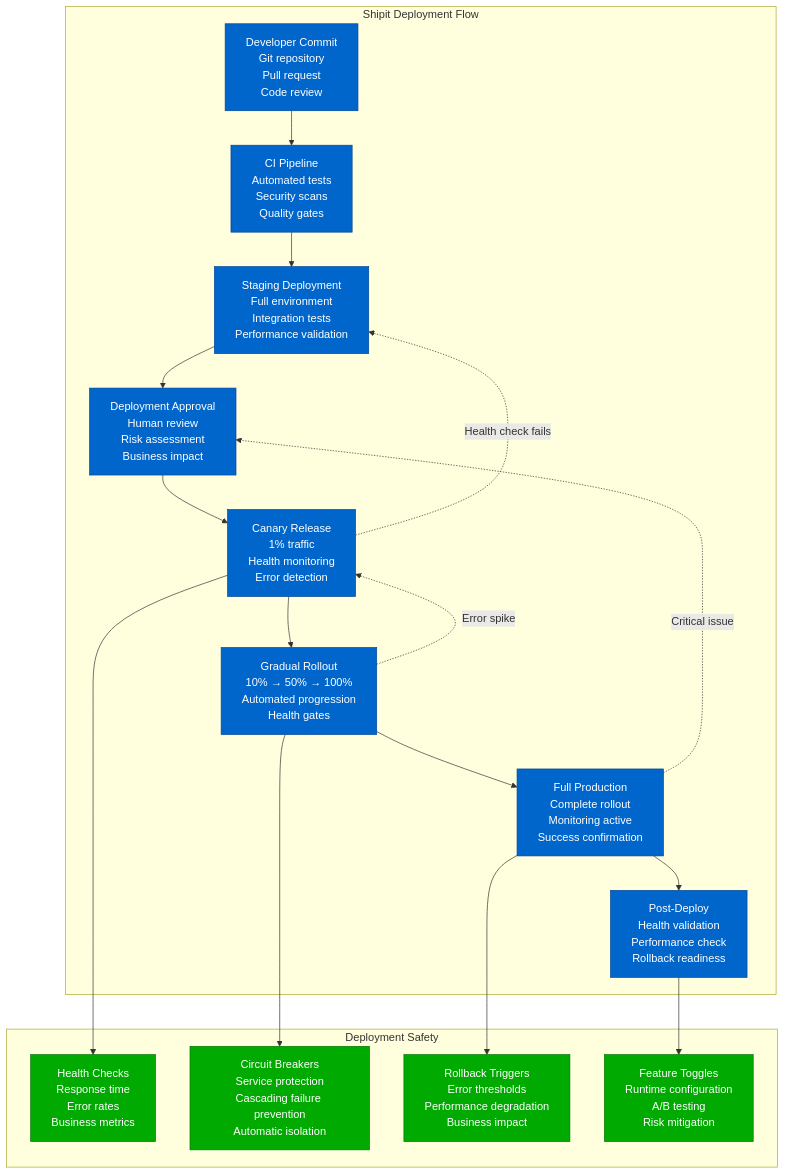
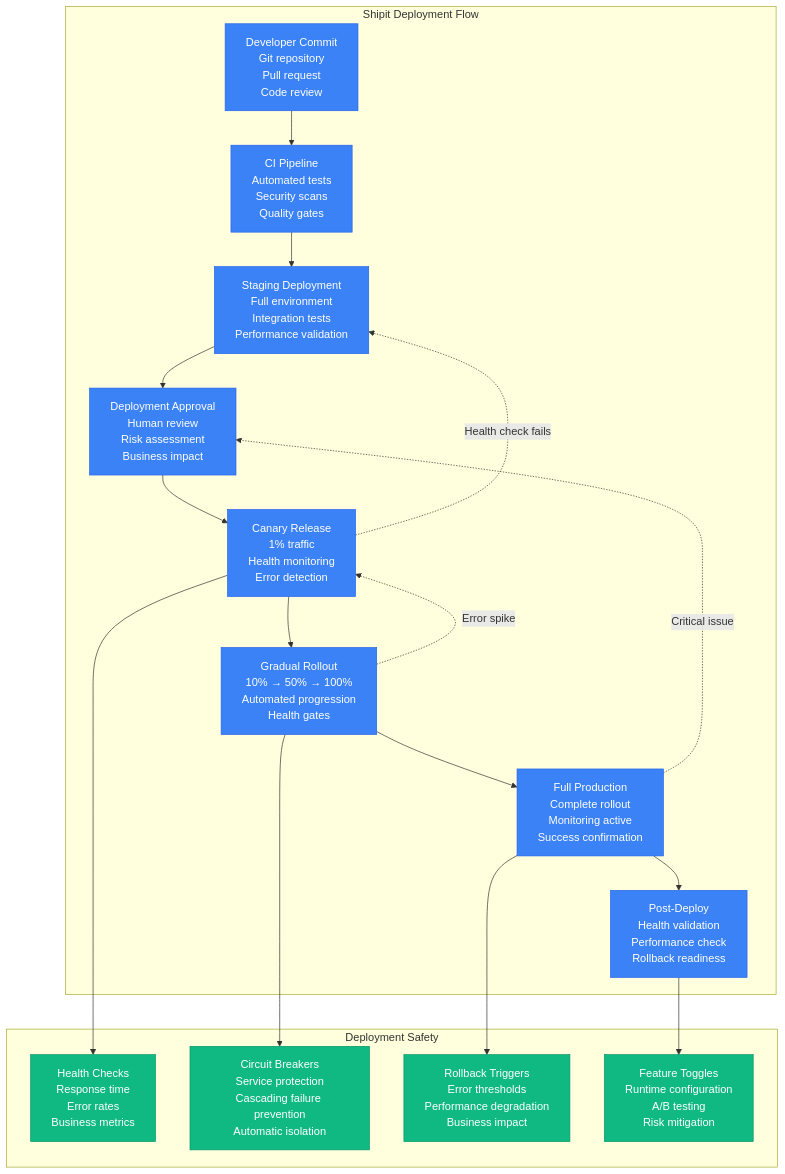
Before and after one commit to deepaucksharma/DS: the second of 9 diagrams in site/docs/systems/shopify/production-operations.md, drawn with Mermaid. The commit also changed other lines of this file and 303 other files, not shown here.

````diff
--- a/site/docs/systems/shopify/production-operations.md
+++ b/site/docs/systems/shopify/production-operations.md
@@ -109,56 +109,56 @@
 ```mermaid
 graph TB
     subgraph "Shipit Deployment Flow"
         DEV_COMMIT[Developer Commit<br/>Git repository<br/>Pull request<br/>Code review]
 
         CI_PIPELINE[CI Pipeline<br/>Automated tests<br/>Security scans<br/>Quality gates]
 
         STAGING_DEPLOY[Staging Deployment<br/>Full environment<br/>Integration tests<br/>Performance validation]
 
         DEPLOY_APPROVAL[Deployment Approval<br/>Human review<br/>Risk assessment<br/>Business impact]
 
         CANARY_RELEASE[Canary Release<br/>1% traffic<br/>Health monitoring<br/>Error detection]
 
         GRADUAL_ROLLOUT[Gradual Rollout<br/>10% → 50% → 100%<br/>Automated progression<br/>Health gates]
 
         PRODUCTION_DEPLOY[Full Production<br/>Complete rollout<br/>Monitoring active<br/>Success confirmation]
 
         POST_DEPLOY[Post-Deploy<br/>Health validation<br/>Performance check<br/>Rollback readiness]
     end
 
     %% Deployment flow
     DEV_COMMIT --> CI_PIPELINE
     CI_PIPELINE --> STAGING_DEPLOY
     STAGING_DEPLOY --> DEPLOY_APPROVAL
     DEPLOY_APPROVAL --> CANARY_RELEASE
     CANARY_RELEASE --> GRADUAL_ROLLOUT
     GRADUAL_ROLLOUT --> PRODUCTION_DEPLOY
     PRODUCTION_DEPLOY --> POST_DEPLOY
 
     %% Safety mechanisms
     CANARY_RELEASE -.->|Health check fails| STAGING_DEPLOY
     GRADUAL_ROLLOUT -.->|Error spike| CANARY_RELEASE
     PRODUCTION_DEPLOY -.->|Critical issue| DEPLOY_APPROVAL
 
     subgraph "Deployment Safety"
         HEALTH_CHECKS[Health Checks<br/>Response time<br/>Error rates<br/>Business metrics]
 
         CIRCUIT_BREAKERS[Circuit Breakers<br/>Service protection<br/>Cascading failure prevention<br/>Automatic isolation]
 
         ROLLBACK_TRIGGERS[Rollback Triggers<br/>Error thresholds<br/>Performance degradation<br/>Business impact]
 
         FEATURE_TOGGLES[Feature Toggles<br/>Runtime configuration<br/>A/B testing<br/>Risk mitigation]
     end
 
     CANARY_RELEASE --> HEALTH_CHECKS
     GRADUAL_ROLLOUT --> CIRCUIT_BREAKERS
     PRODUCTION_DEPLOY --> ROLLBACK_TRIGGERS
     POST_DEPLOY --> FEATURE_TOGGLES
 
     %% Apply deployment colors
-    classDef deployStyle fill:#0066CC,stroke:#004499,color:#fff
-    classDef safetyStyle fill:#00AA00,stroke:#007700,color:#fff
+    classDef deployStyle fill:#3B82F6,stroke:#2563EB,color:#fff
+    classDef safetyStyle fill:#10B981,stroke:#059669,color:#fff
 
     class DEV_COMMIT,CI_PIPELINE,STAGING_DEPLOY,DEPLOY_APPROVAL,CANARY_RELEASE,GRADUAL_ROLLOUT,PRODUCTION_DEPLOY,POST_DEPLOY deployStyle
     class HEALTH_CHECKS,CIRCUIT_BREAKERS,ROLLBACK_TRIGGERS,FEATURE_TOGGLES safetyStyle
 ```
````
